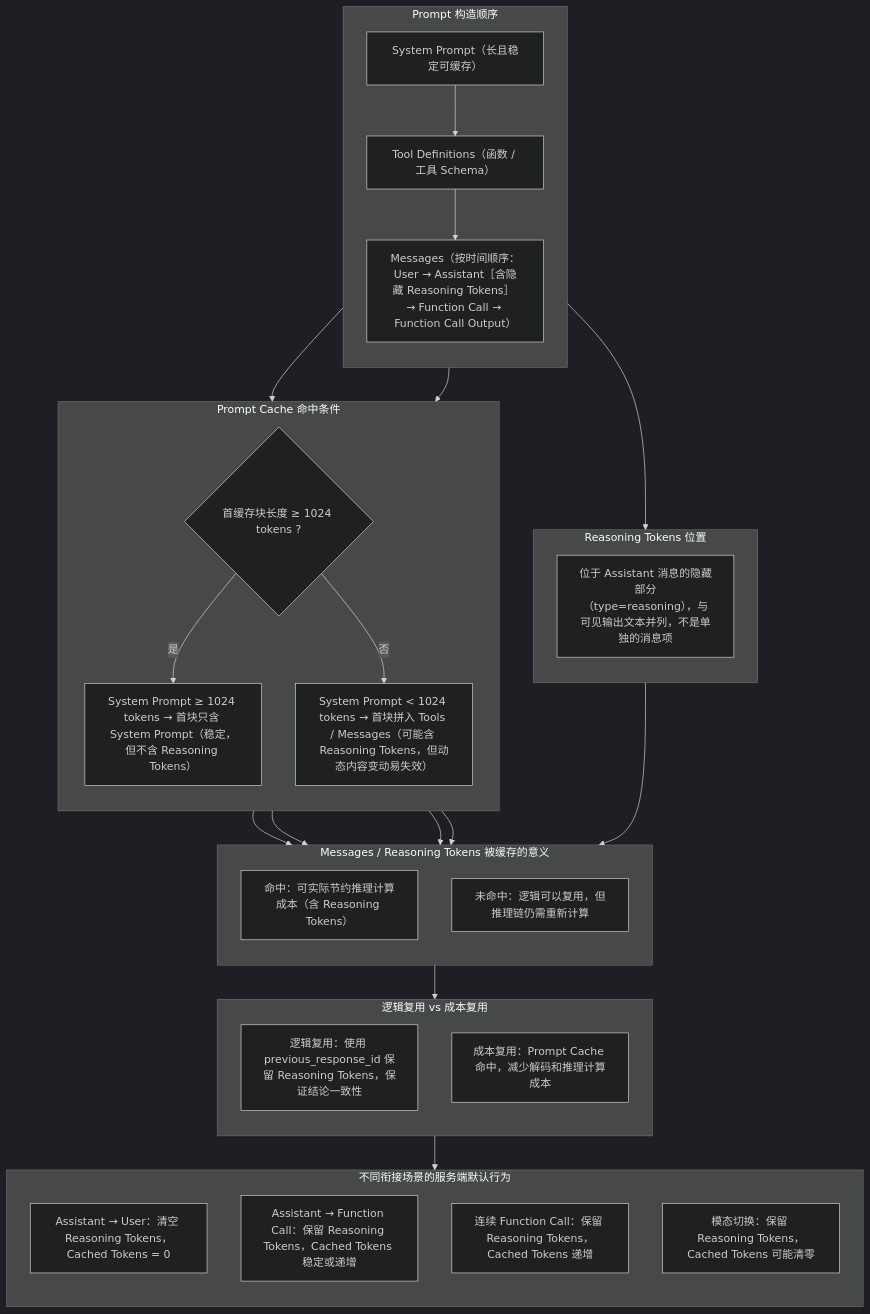
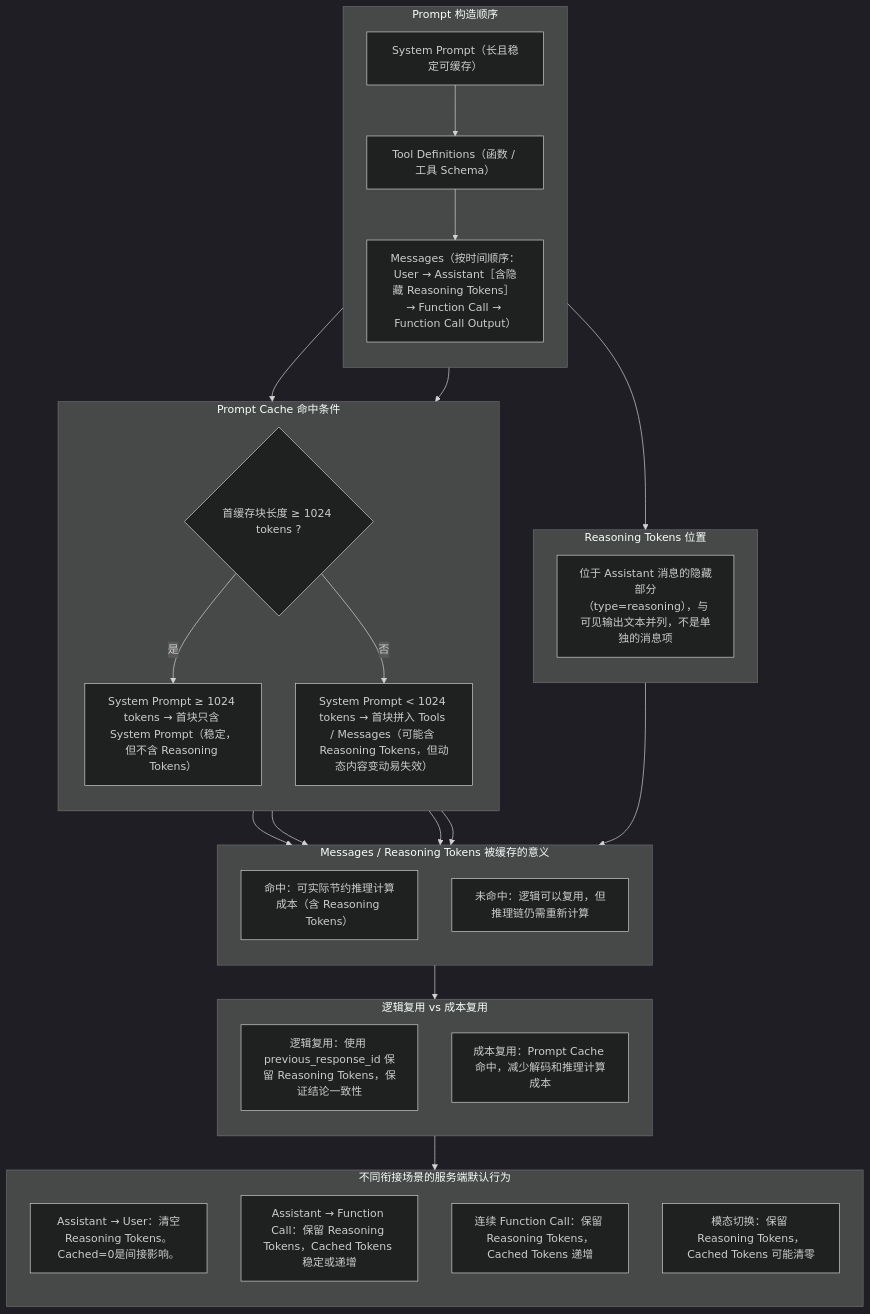
One commit to david-xinyuwei/david-share changed the diagram in Agents/AOAI-GPT5-ResponseAPI/readme-Chinese.md. Above: the diagram before and after it, drawn with Mermaid (dark theme). The commit also changed other lines of this file and 1 other file, not shown here.

````diff
--- a/Agents/AOAI-GPT5-ResponseAPI/readme-Chinese.md
+++ b/Agents/AOAI-GPT5-ResponseAPI/readme-Chinese.md
@@ -161,63 +161,63 @@
 ```mermaid
 flowchart TB
     %% Prompt 构造顺序
     subgraph PromptStructure["Prompt 构造顺序"]
         direction TB
         Sys["System Prompt（长且稳定可缓存）"]
         Tools["Tool Definitions（函数 / 工具 Schema）"]
         Msgs["Messages（按时间顺序：User → Assistant［含隐藏 Reasoning Tokens］ → Function Call → Function Call Output）"]
         Sys --> Tools --> Msgs
     end
 
     %% Reasoning Tokens 位置
     subgraph COTPosition["Reasoning Tokens 位置"]
         direction TB
         COT["位于 Assistant 消息的隐藏部分（type=reasoning），与可见输出文本并列，不是单独的消息项"]
     end
     Msgs --> COT
 
     %% Prompt Cache 命中条件
     subgraph CacheCondition["Prompt Cache 命中条件"]
         direction TB
         LenCheck{"首缓存块长度 ≥ 1024 tokens ?"}
         SysOnly["System Prompt ≥ 1024 tokens → 首块只含 System Prompt（稳定，但不含 Reasoning Tokens）"]
         SysShort["System Prompt < 1024 tokens → 首块拼入 Tools / Messages（可能含 Reasoning Tokens，但动态内容变动易失效）"]
 
         LenCheck -- 是 --> SysOnly
         LenCheck -- 否 --> SysShort
     end
     Sys --> LenCheck
 
     %% 缓存意义
     subgraph CacheMeaning["Messages / Reasoning Tokens 被缓存的意义"]
         direction TB
         SaveCost["命中：可实际节约推理计算成本（含 Reasoning Tokens）"]
         NoSave["未命中：逻辑可以复用，但推理链仍需重新计算"]
     end
     SysOnly --> SaveCost
     SysShort --> SaveCost
     SysShort --> NoSave
 
     %% 逻辑 vs 成本复用
     subgraph LogicVsCost["逻辑复用 vs 成本复用"]
         direction TB
         LogicReuse["逻辑复用：使用 previous_response_id 保留 Reasoning Tokens，保证结论一致性"]
         CostReuse["成本复用：Prompt Cache 命中，减少解码和推理计算成本"]
     end
 
     %% 服务端行为
     subgraph ServerBehavior["不同衔接场景的服务端默认行为"]
         direction TB
-        AtoU["Assistant → User：清空 Reasoning Tokens，Cached Tokens = 0"]
+        AtoU["Assistant → User：清空Reasoning Tokens。Cached=0是间接影响。"]
         AtoF["Assistant → Function Call：保留 Reasoning Tokens，Cached Tokens 稳定或递增"]
         FtoF["连续 Function Call：保留 Reasoning Tokens，Cached Tokens 递增"]
         ModalSwitch["模态切换：保留 Reasoning Tokens，Cached Tokens 可能清零"]
     end
 
     %% 链接关系
     CacheCondition --> CacheMeaning
     PromptStructure --> CacheCondition
     COT --> CacheMeaning
     CacheMeaning --> LogicVsCost
     LogicVsCost --> ServerBehavior
 ```
````
